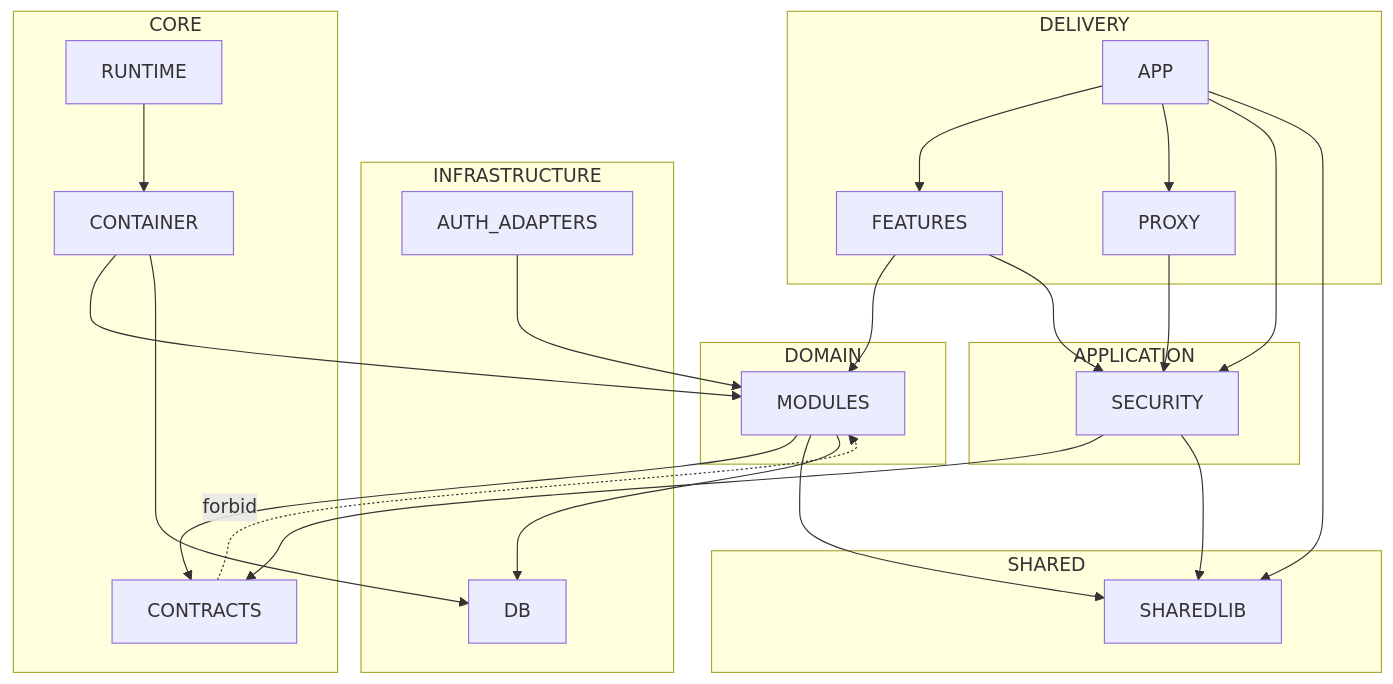
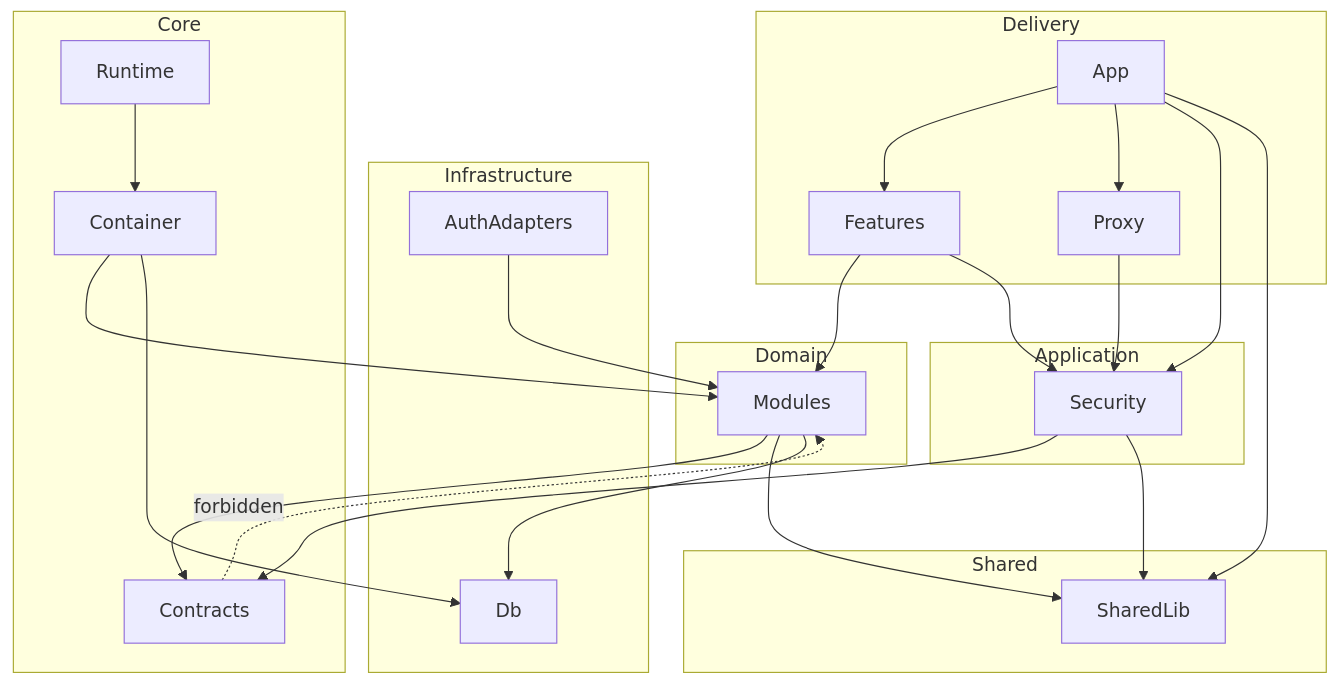
Before and after one commit to wmitrus/nextjs-16-boilerplate: the diagram in docs/architecture/07 – Enterprise Clean Dependency Graph.md, drawn with Mermaid.

Commit message:
style: standardize casing in Enterprise Clean Dependency Graph diagram
- Update subgraph names and node labels to use consistent casing.
- Improve readability and maintainability of the diagram.

````diff
--- a/docs/architecture/07 – Enterprise Clean Dependency Graph.md
+++ b/docs/architecture/07 – Enterprise Clean Dependency Graph.md
@@ -3,54 +3,54 @@
 ```mermaid
 flowchart TD
 
-subgraph DELIVERY
-APP
-FEATURES
-PROXY
+subgraph Delivery
+	App
+	Features
+	Proxy
 end
 
-subgraph APPLICATION
-SECURITY
+subgraph Application
+	Security
 end
 
-subgraph DOMAIN
-MODULES
+subgraph Domain
+	Modules
 end
 
-subgraph INFRASTRUCTURE
-DB
-AUTH_ADAPTERS
+subgraph Infrastructure
+	Db
+	AuthAdapters
 end
 
-subgraph CORE
-CONTAINER
-CONTRACTS
-RUNTIME
+subgraph Core
+	Container
+	Contracts
+	Runtime
 end
 
-subgraph SHARED
-SHAREDLIB
+subgraph Shared
+	SharedLib
 end
 
-APP --> FEATURES
-APP --> PROXY
-APP --> SECURITY
-APP --> SHAREDLIB
-FEATURES --> MODULES
-FEATURES --> SECURITY
+App --> Features
+App --> Proxy
+App --> Security
+App --> SharedLib
+Features --> Modules
+Features --> Security
 
-PROXY --> SECURITY
-SECURITY --> CONTRACTS
-SECURITY --> SHAREDLIB
+Proxy --> Security
+Security --> Contracts
+Security --> SharedLib
 
-MODULES --> CONTRACTS
-MODULES --> SHAREDLIB
-MODULES --> DB
+Modules --> Contracts
+Modules --> SharedLib
+Modules --> Db
 
-RUNTIME --> CONTAINER
-CONTAINER --> MODULES
-CONTAINER --> DB
-AUTH_ADAPTERS --> MODULES
+Runtime --> Container
+Container --> Modules
+Container --> Db
+AuthAdapters --> Modules
 
-CONTRACTS -. forbid .-> MODULES
+Contracts -. forbidden .-> Modules
 ```
````
